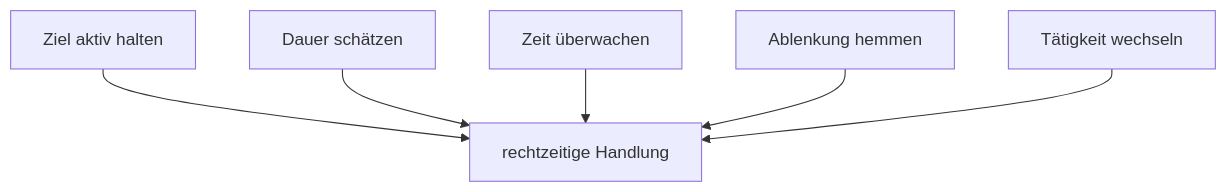
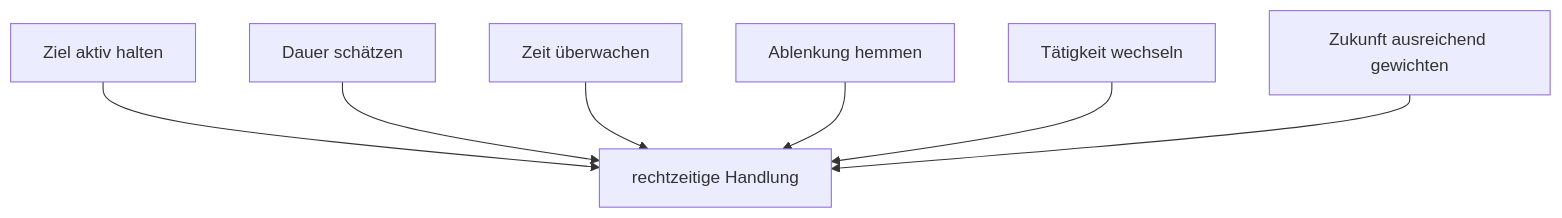
The diagram in 01-Grundlagen/06-Zeitverarbeitung.md (H234598/ADHS-Lernpfad), drawn with Mermaid before and after one commit. The commit also changed other lines of this file and 12 other files, not shown here.

````diff
--- a/01-Grundlagen/06-Zeitverarbeitung.md
+++ b/01-Grundlagen/06-Zeitverarbeitung.md
@@ -31,8 +50,9 @@
 ```mermaid
 flowchart TD
   Z[Ziel aktiv halten] --> H[rechtzeitige Handlung]
   D[Dauer schätzen] --> H
   U[Zeit überwachen] --> H
   I[Ablenkung hemmen] --> H
   W[Tätigkeit wechseln] --> H
+  M[Zukunft ausreichend gewichten] --> H
 ```
````
